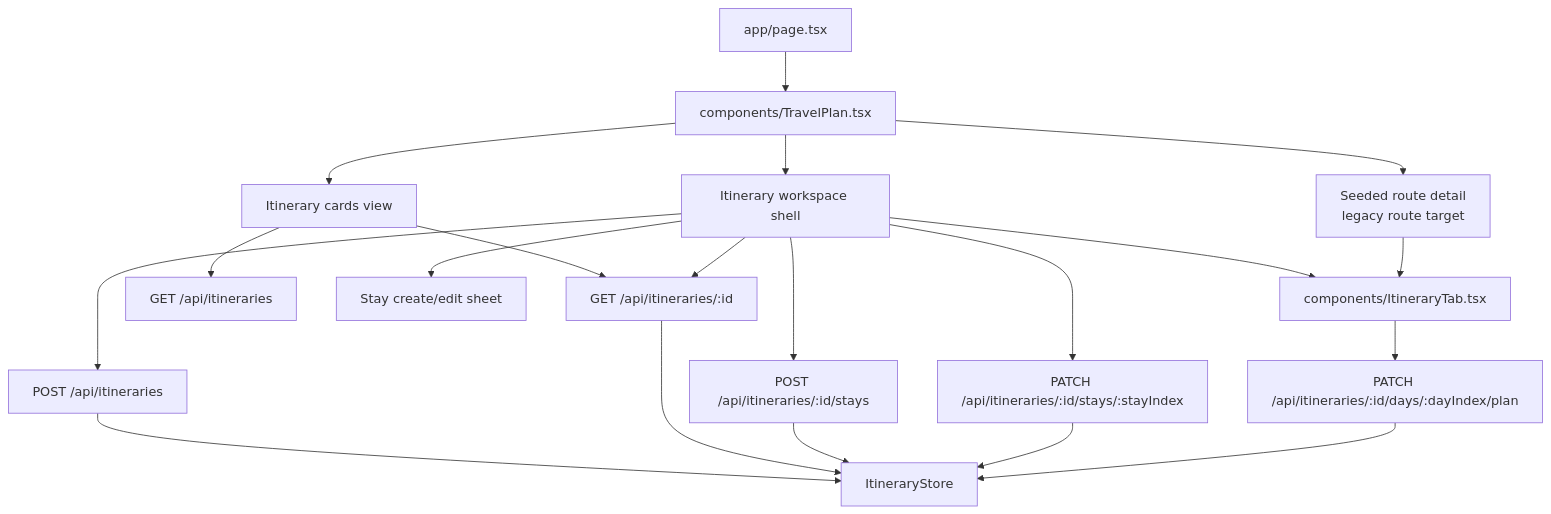
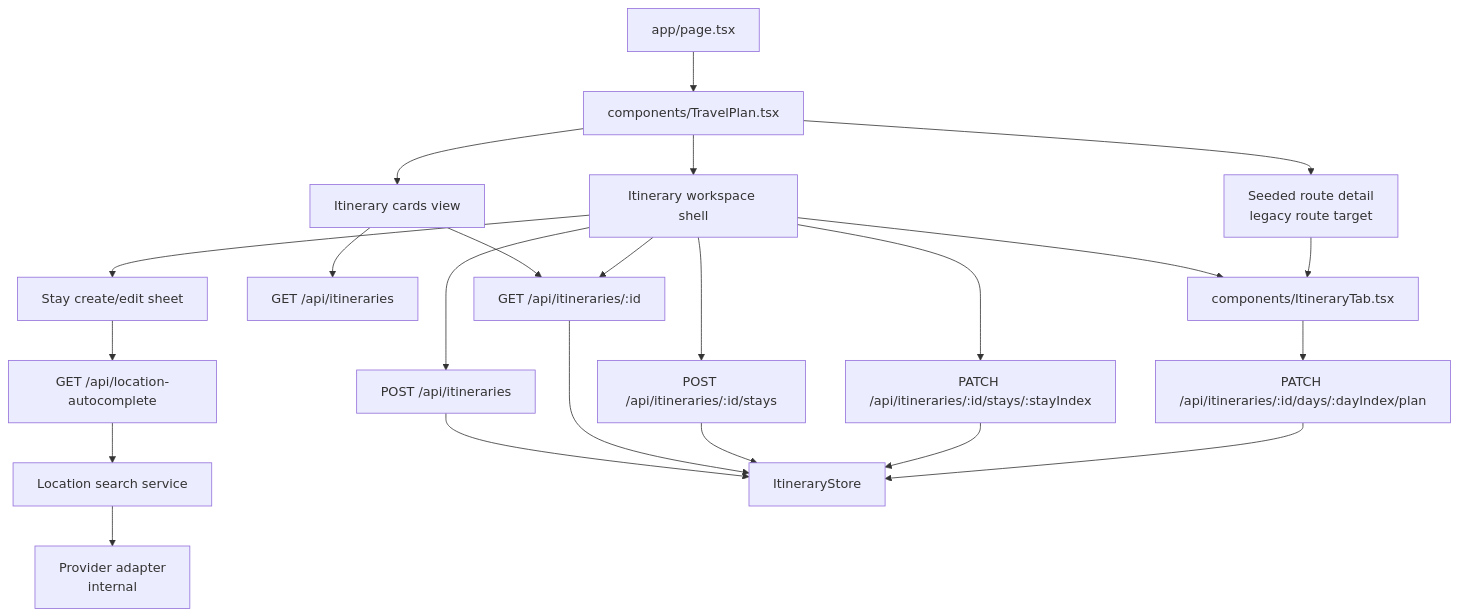
Before and after one commit to moukayz/my-tesm-tests: the second of 2 diagrams in travel-plan-web-next/docs/system-architecture.md, drawn with Mermaid. The commit also changed other lines of this file and 40 other files, not shown here.

````diff
--- a/travel-plan-web-next/docs/system-architecture.md
+++ b/travel-plan-web-next/docs/system-architecture.md
@@ -33,37 +36,43 @@
 ```mermaid
 flowchart TD
     Page[app/page.tsx]
     TravelPlan[components/TravelPlan.tsx]
     Cards[Itinerary cards view]
     Workspace[Itinerary workspace shell]
     Starter[Seeded route detail\nlegacy route target]
     Tab[components/ItineraryTab.tsx]
     ApiList[GET /api/itineraries]
     StaySheet[Stay create/edit sheet]
     ApiCreate[POST /api/itineraries]
     ApiRead[GET /api/itineraries/:id]
     ApiStayCreate[POST /api/itineraries/:id/stays]
     ApiStayPatch[PATCH /api/itineraries/:id/stays/:stayIndex]
     ApiPlan[PATCH /api/itineraries/:id/days/:dayIndex/plan]
+    ApiLookup[GET /api/location-autocomplete]
+    SearchSvc[Location search service]
+    Provider[Provider adapter\ninternal]
     Store[ItineraryStore]
 
     Page --> TravelPlan
     TravelPlan --> Cards
     TravelPlan --> Workspace
     TravelPlan --> Starter
     Cards --> ApiList
     Cards --> ApiRead
     Workspace --> Tab
     Starter --> Tab
     Workspace --> StaySheet
     Workspace --> ApiCreate
     Workspace --> ApiRead
     Workspace --> ApiStayCreate
     Workspace --> ApiStayPatch
+    StaySheet --> ApiLookup
+    ApiLookup --> SearchSvc
+    SearchSvc --> Provider
     Tab --> ApiPlan
     ApiCreate --> Store
     ApiRead --> Store
     ApiStayCreate --> Store
     ApiStayPatch --> Store
     ApiPlan --> Store
 ```
````
